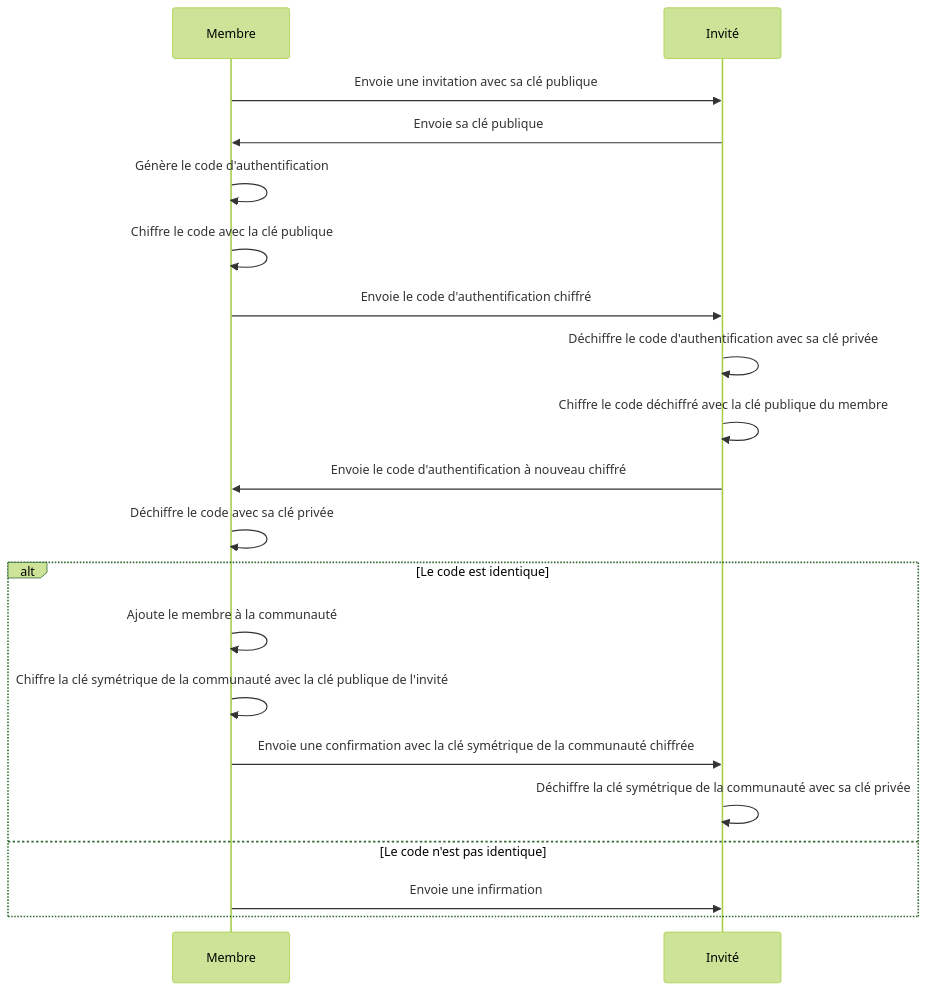
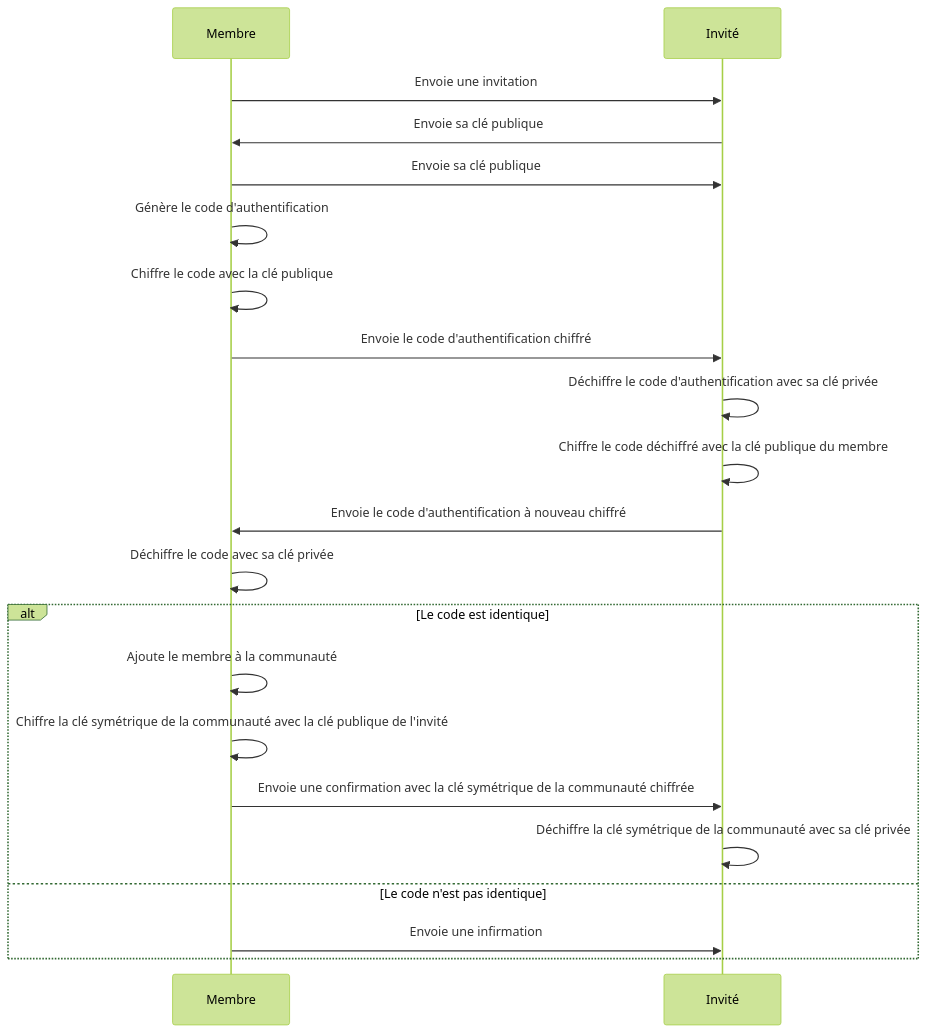
Before and after one commit to HunteRoi/node: the diagram in docs/add_member_usecase_sequence.mermaid, drawn with Mermaid (forest theme). The commit also changed 16 other files, not shown here.

```diff
--- a/docs/add_member_usecase_sequence.mermaid
+++ b/docs/add_member_usecase_sequence.mermaid
@@ -1,21 +1,22 @@
 sequenceDiagram
     participant m as Membre
     participant i as Invité
 
-    m ->> i: Envoie une invitation avec sa clé publique
+    m ->> i: Envoie une invitation
     i ->> m: Envoie sa clé publique
+    m ->> i: Envoie sa clé publique
     m ->> m: Génère le code d'authentification
     m ->> m: Chiffre le code avec la clé publique
     m ->> i: Envoie le code d'authentification chiffré
     i ->> i: Déchiffre le code d'authentification avec sa clé privée
     i ->> i: Chiffre le code déchiffré avec la clé publique du membre
     i ->> m: Envoie le code d'authentification à nouveau chiffré
     m ->> m: Déchiffre le code avec sa clé privée
     alt Le code est identique
         m ->> m: Ajoute le membre à la communauté
         m ->> m: Chiffre la clé symétrique de la communauté avec la clé publique de l'invité
         m ->> i: Envoie une confirmation avec la clé symétrique de la communauté chiffrée
         i ->> i: Déchiffre la clé symétrique de la communauté avec sa clé privée
     else Le code n'est pas identique
         m ->> i: Envoie une infirmation
     end
```
